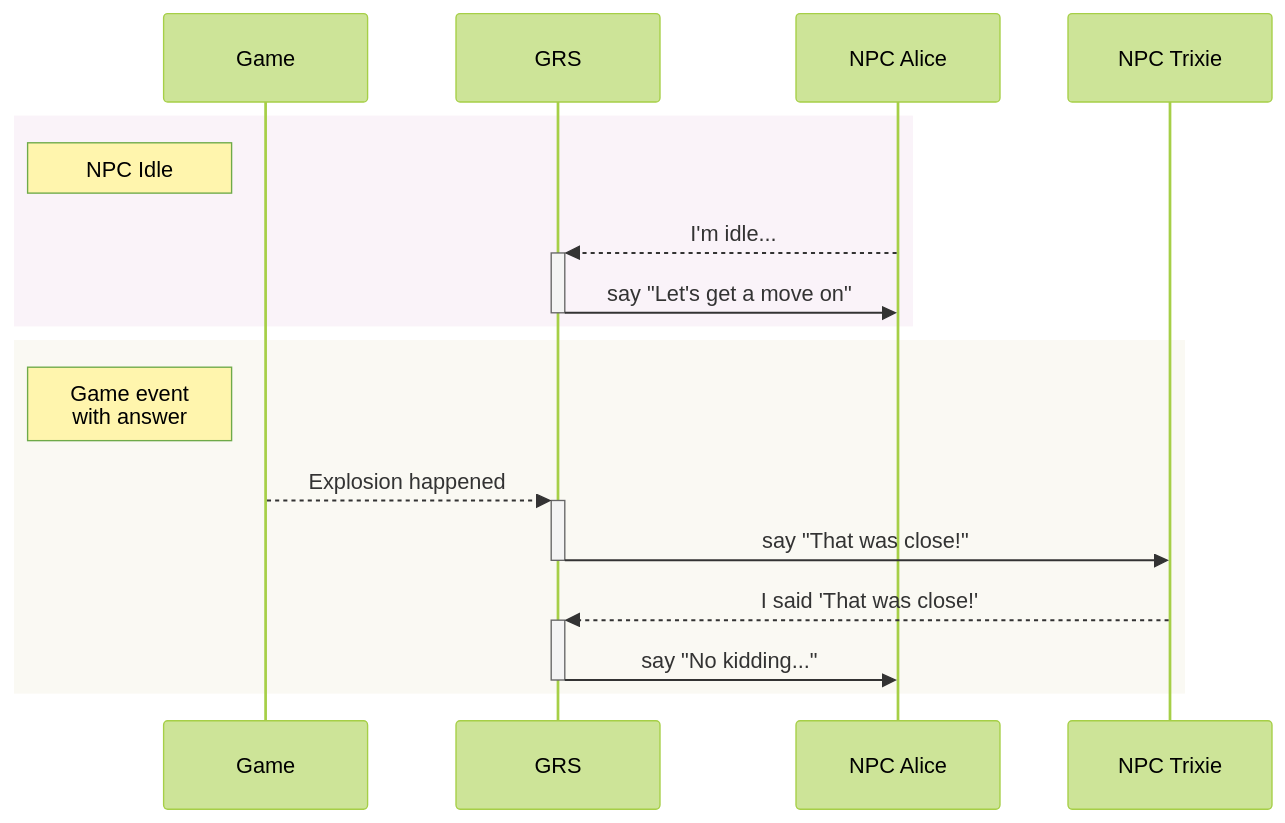
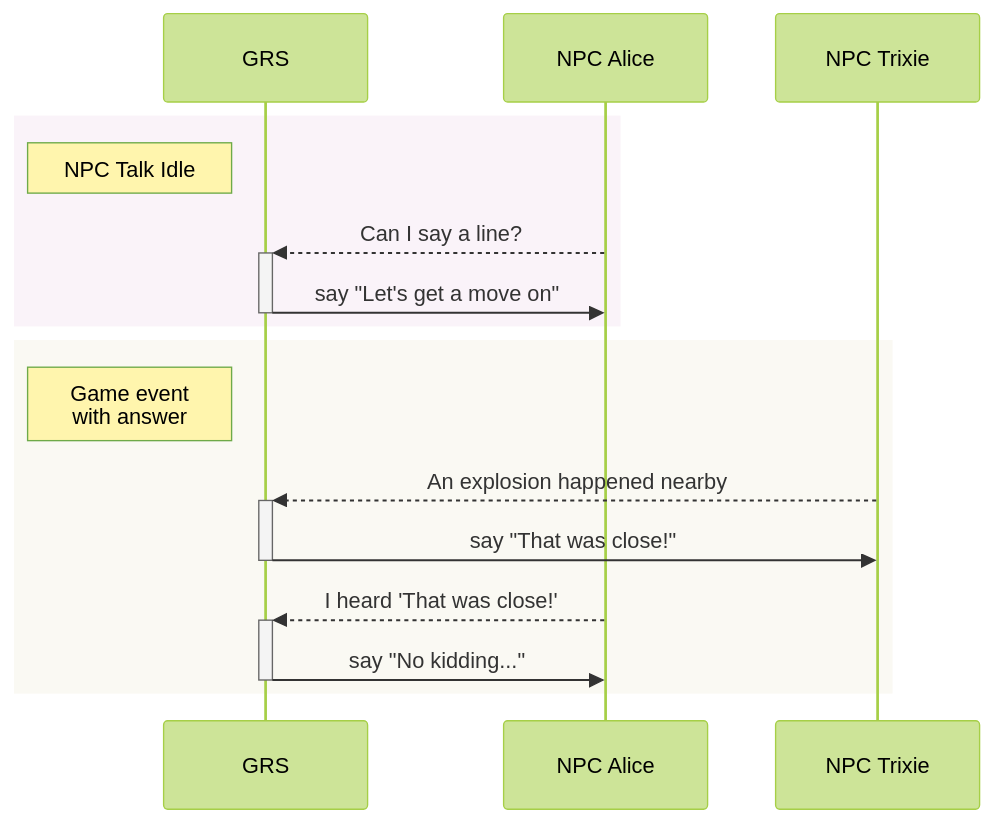
Before and after one commit to DanielOaks/GodotResponseSystem: the first of 2 diagrams in README.md, drawn with Mermaid (forest theme). The commit also changed other lines of this file, not shown here.

````diff
--- a/README.md
+++ b/README.md
@@ -22,21 +29,20 @@
 ```mermaid
 sequenceDiagram
-	participant Game
 	participant GRS
 	participant NPC Alice
 	participant NPC Trixie
 
 	rect rgb(190,100,180,0.08)
-		Note left of Game: NPC Idle
-		NPC Alice -->>+ GRS: I'm idle...
+		Note left of GRS: NPC Talk Idle
+		NPC Alice -->>+ GRS: Can I say a line?
 		GRS ->>- NPC Alice: say "Let's get a move on"
 	end
 
 	rect rgb(190,180,100,0.08)
-		Note left of Game: Game event<br>with answer
-		Game -->>+ GRS: Explosion happened
+		Note left of GRS: Game event<br>with answer
+		NPC Trixie -->>+ GRS: An explosion happened nearby
 		GRS ->>- NPC Trixie: say "That was close!"
-		NPC Trixie -->>+ GRS: I said 'That was close!'
+		NPC Alice -->>+ GRS: I heard 'That was close!'
 		GRS ->>- NPC Alice: say "No kidding..."
 	end
 ```
````
